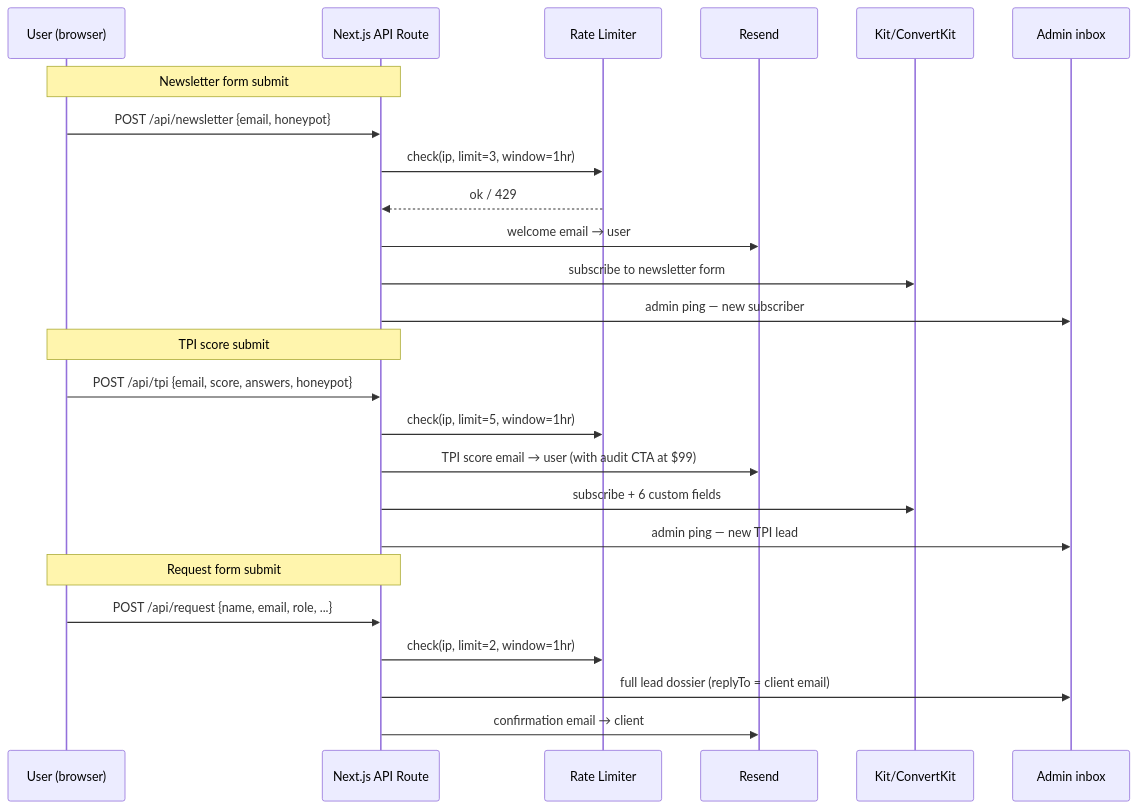
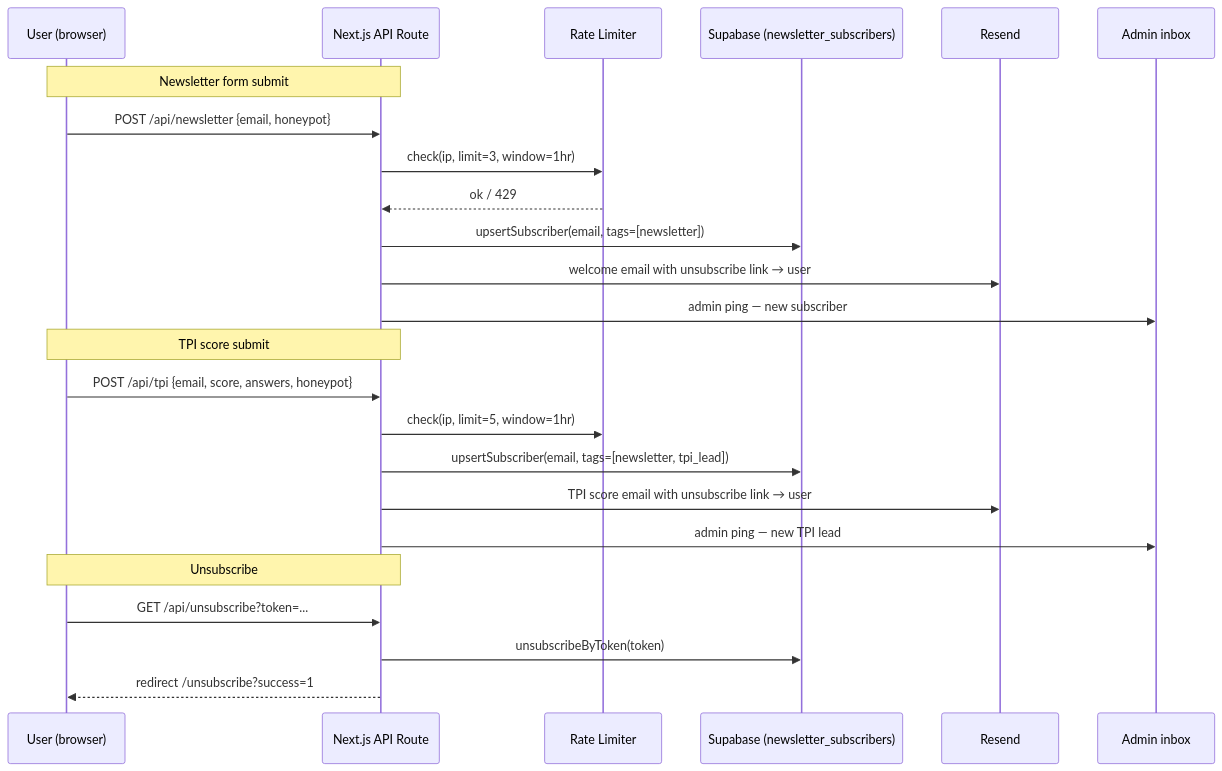
Before and after one commit to ashucfx/catalyst-ripplenexus: the second of 3 diagrams in README.md, drawn with Mermaid. The commit also changed other lines of this file and 3 other files, not shown here.

First line of the commit message:
feat: wire newsletter and TPI routes to internal system; add unsubscribe links to emails; revise README

````diff
--- a/README.md
+++ b/README.md
@@ -243,30 +256,29 @@
 ```mermaid
 sequenceDiagram
     participant U as User (browser)
     participant API as Next.js API Route
     participant RL as Rate Limiter
+    participant DB as Supabase (newsletter_subscribers)
     participant R as Resend
-    participant CK as Kit/ConvertKit
     participant A as Admin inbox
 
     Note over U,API: Newsletter form submit
     U->>API: POST /api/newsletter {email, honeypot}
     API->>RL: check(ip, limit=3, window=1hr)
     RL-->>API: ok / 429
-    API->>R: welcome email → user
-    API->>CK: subscribe to newsletter form
+    API->>DB: upsertSubscriber(email, tags=[newsletter])
+    API->>R: welcome email with unsubscribe link → user
     API->>A: admin ping — new subscriber
 
     Note over U,API: TPI score submit
     U->>API: POST /api/tpi {email, score, answers, honeypot}
     API->>RL: check(ip, limit=5, window=1hr)
-    API->>R: TPI score email → user (with audit CTA at $99)
-    API->>CK: subscribe + 6 custom fields
+    API->>DB: upsertSubscriber(email, tags=[newsletter, tpi_lead])
+    API->>R: TPI score email with unsubscribe link → user
     API->>A: admin ping — new TPI lead
 
-    Note over U,API: Request form submit
-    U->>API: POST /api/request {name, email, role, ...}
-    API->>RL: check(ip, limit=2, window=1hr)
-    API->>A: full lead dossier (replyTo = client email)
-    API->>R: confirmation email → client
+    Note over U,API: Unsubscribe
+    U->>API: GET /api/unsubscribe?token=...
+    API->>DB: unsubscribeByToken(token)
+    API-->>U: redirect /unsubscribe?success=1
 ```
````
